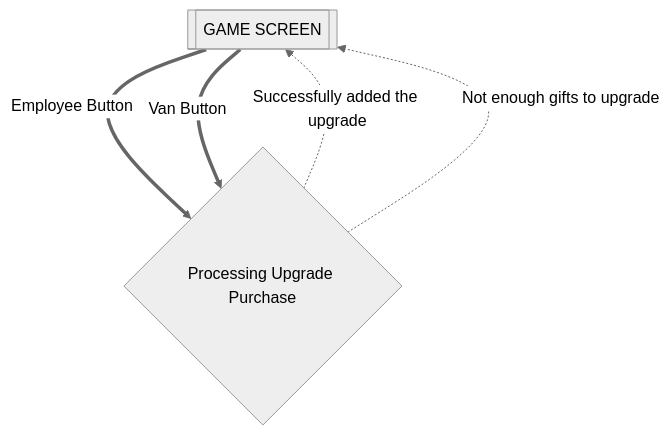
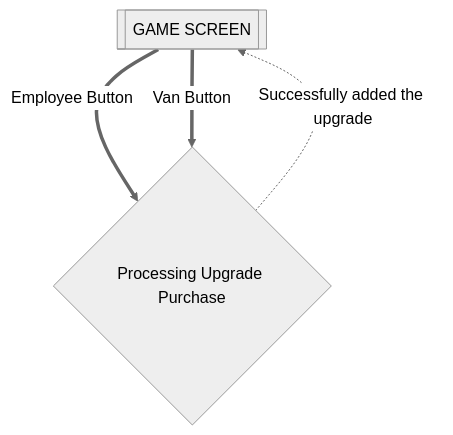
One commit to umangmehta0007/Clicker changed the second of 2 diagrams in flows.md. Above: the diagram before and after it, drawn with Mermaid (neutral theme). The commit also changed other lines of this file and 7 other files, not shown here.

````diff
--- a/flows.md
+++ b/flows.md
@@ -30,13 +30,12 @@
 ```mermaid
 
 flowchart
     hs[[GAME SCREEN]]
     upgrades{Processing Upgrade Purchase}
         
         hs==Employee Button==>upgrades
         hs==Van Button==>upgrades
         
         upgrades-.Successfully added the upgrade.->hs
-        upgrades-.Not enough gifts to upgrade.->hs
 
 ```
````
